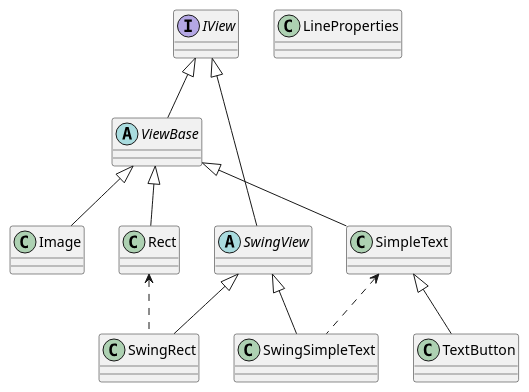
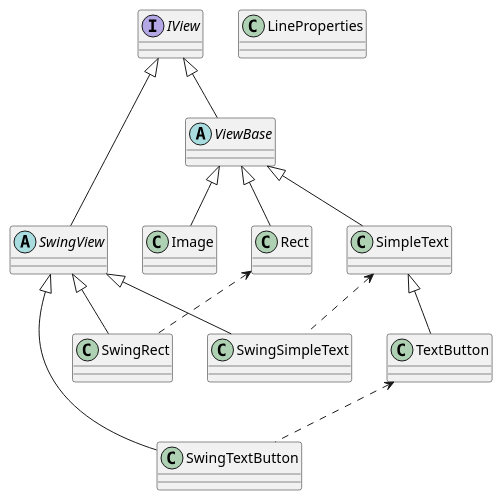
One commit to svenliese/view changed the diagram in doc/classes.puml. Above: the diagram before and after it, drawn with PlantUML. The commit also changed 8 other files, not shown here.

Commit message:
improve/test TextButton

```diff
--- a/doc/classes.puml
+++ b/doc/classes.puml
@@ -1,29 +1,32 @@
 @startuml
 
 interface IView
     abstract ViewBase
         class Rect
         class SimpleText
             class TextButton
         class Image
     abstract SwingView
         class SwingRect
         class SwingSimpleText
+        class SwingTextButton
 
 class LineProperties
 
 IView <|-- ViewBase
 ViewBase <|-- Rect
 ViewBase <|-- SimpleText
 ViewBase <|-- Image
 
 SimpleText <|-- TextButton
 
 IView <|-- SwingView
 SwingView <|-- SwingRect
 SwingView <|-- SwingSimpleText
+SwingView <|-- SwingTextButton
 
 Rect <.. SwingRect
 SimpleText <.. SwingSimpleText
+TextButton <.. SwingTextButton
 
 @enduml
```
